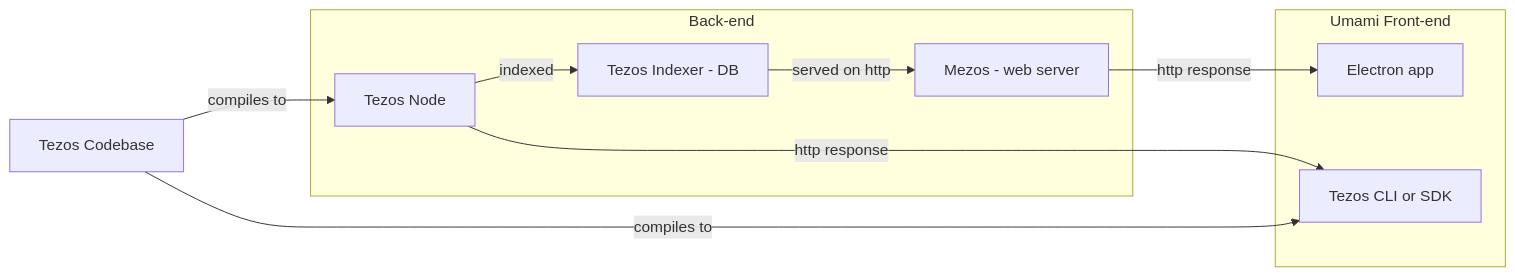
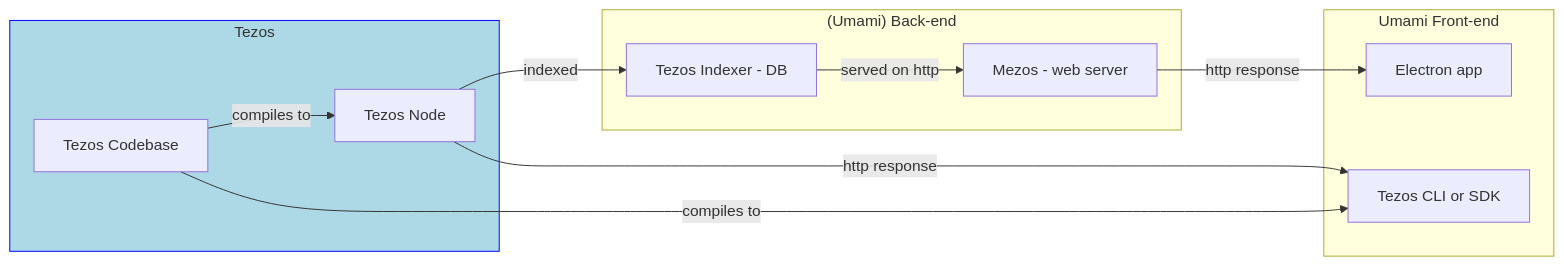
Before and after one commit to trilitech/umami-v1: the diagram in docs/specs/infra-schema.md, drawn with Mermaid. The commit also changed other lines of this file, not shown here.

````diff
--- a/docs/specs/infra-schema.md
+++ b/docs/specs/infra-schema.md
@@ -1,26 +1,32 @@
 ```mermaid
 graph LR
    
 
   subgraph "Umami Front-end" 
     Node1[Electron app]
     Node3[Tezos CLI or SDK]
   end
 
-  subgraph "Back-end"
-    Node2[Tezos Node]
-    Node6[Tezos Indexer - DB]
-    Node7[Mezos - web server]
-  end
+subgraph "Tezos"
+     Node2[Tezos Node]
+  Node5[Tezos Codebase]
+end
+style Tezos fill:lightblue,stroke:blue,stroke-width:1px
 
-  Node5[Tezos Codebase]
+
+subgraph "(Umami) Back-end"
+     Node6[Tezos Indexer - DB]
+     Node7[Mezos - web server]
+end
+
 
   Node5 -- compiles to --> Node3
   Node5 -- compiles to --> Node2
 
   Node6 -- served on http --> Node7
   Node2 -- indexed --> Node6
 
   Node2 -- http response --> Node3
   Node7 -- http response --> Node1
+
 ```
````
